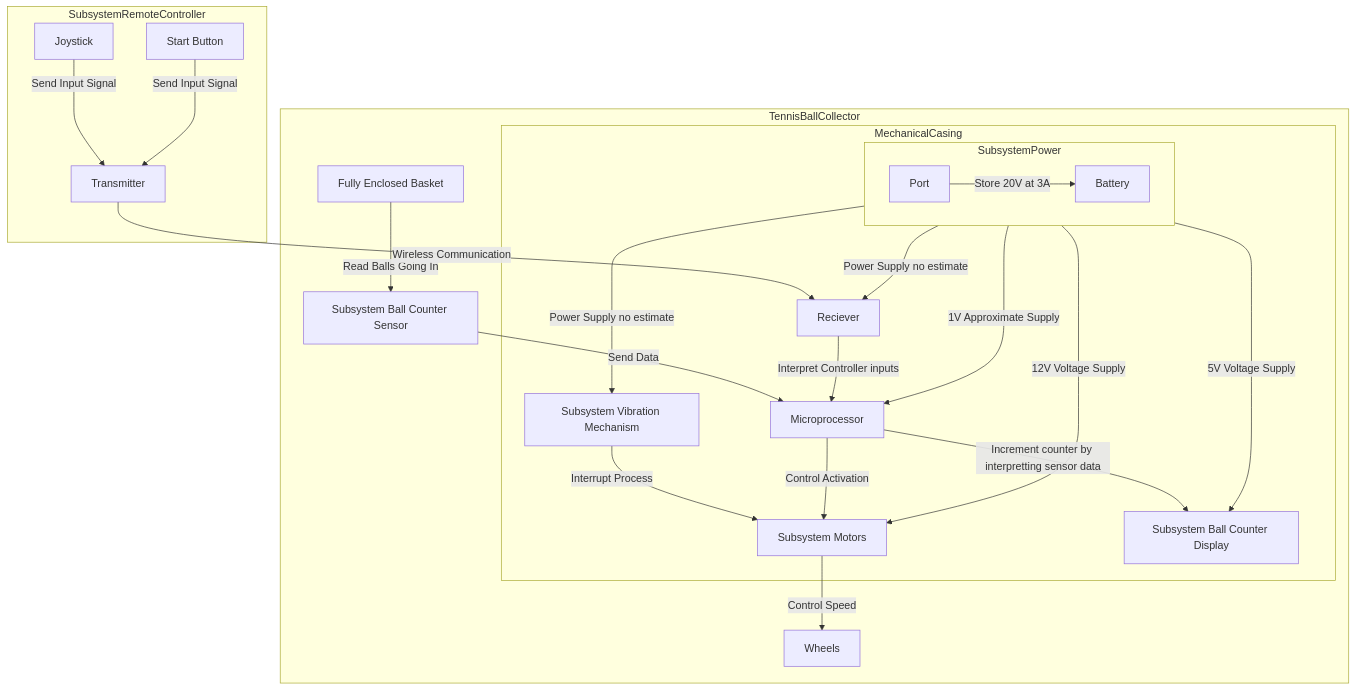
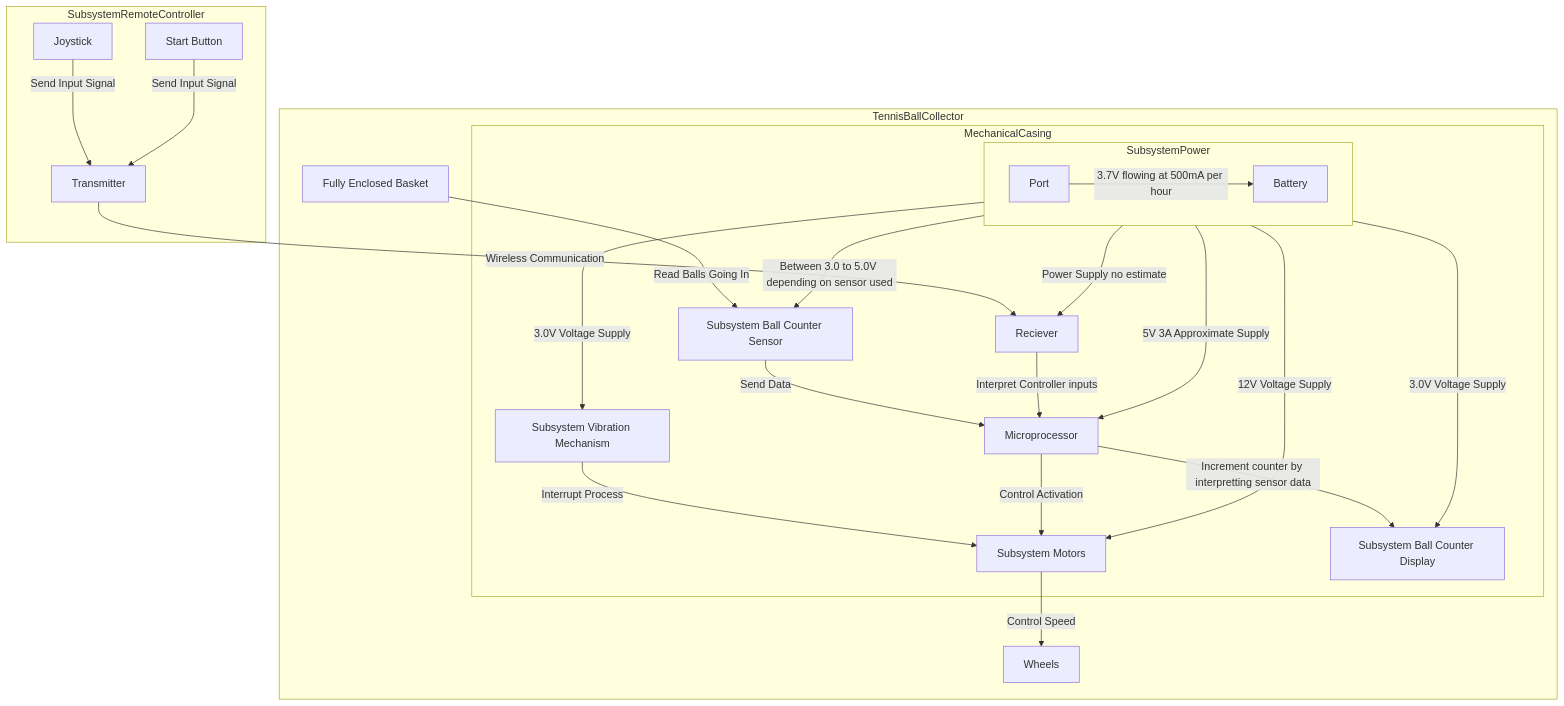
Before and after one commit to link422/F24_Team3_TennisBallCollector: the first of 3 diagrams in Reports/Conceptual Design.md, drawn with Mermaid.

Commit message:
Update Conceptual Design.md
Added specific voltages for Hardware Block Diagram (HBD)

````diff
--- a/Reports/Conceptual Design.md
+++ b/Reports/Conceptual Design.md
@@ -92,57 +92,58 @@
 ```mermaid
 flowchart TD
     A1[Fully Enclosed Basket]
     A2[Subsystem Ball Counter Sensor]
     A3[Wheels]
     A21[Subsystem Vibration Mechanism]
     A22[Subsystem Motors]
     A23[Subsystem Ball Counter Display]
     A24[Reciever]
     A25[Battery]
     A26[Port]
     A27[Microprocessor]
 
     B1[Joystick]
     B2[Start Button]
     B3[Transmitter]
 
     subgraph TennisBallCollector
     A1 --> |Read Balls Going In|A2
     A2 --> |Send Data|A27
     A27 --> |Increment counter by interpretting sensor data|A23
     subgraph MechanicalCasing
     A21 --> |Interrupt Process|A22
     A24 --> |Interpret Controller inputs|A27
     A27 --> |Control Activation|A22
-    SubsystemPower --> |Power Supply no estimate|A21
+    SubsystemPower --> |3.0V Voltage Supply|A21
     SubsystemPower --> |12V Voltage Supply|A22
-    SubsystemPower --> |5V Voltage Supply|A23
+    SubsystemPower --> |3.0V Voltage Supply|A23
     SubsystemPower --> |Power Supply no estimate|A24
-    SubsystemPower --> |1V Approximate Supply|A27
+    SubsystemPower --> |5V 3A Approximate Supply|A27
+    SubsystemPower --> |Between 3.0 to 5.0V depending on sensor used|A2
     subgraph SubsystemPower
-    A26 --> |Store 20V at 3A|A25
+    A26 --> |3.7V flowing at 500mA per hour|A25
     end
     end
     A22 --> |Control Speed|A3
     end
 
     subgraph SubsystemRemoteController
     B1 --> |Send Input Signal|B3
     B2 --> |Send Input Signal|B3
     end
 
     B3 --> |Wireless Communication|A24
 
     click A1 "Fully Enclosed Basket for storing the Tennis Balls collected. "
     click A2 "Goal is to sense the balls going into the basket and communicate to counter via the microprocessor"
     click A21 "If tennis ball gets stuck, activate mechanism and recollect jammed tennis balls."
     click A22 "Used for self propelling the wheels of the Tennis Ball Collector."
     click A23 "Increment ball counter and display on LCD like disply located on the surface of mechanical casing. Can't implement on controller because controller used shall be kept minimally modified from original design (Not making controller from scratch)."
     click A24 "Receive the signals sent by the Remote Controller."
     click A25 "Lithium ion battery used to power the electronics in the system."
     click A26 "Mechanism whether USB-A, USB-C, or micro-cable that is capatable with existing chargers."
-    click A27 "Provide communication between systems to interpret data."
+    click A27 "Provide communication between systems to interpret data. See [3]"
     click B1 "Mechanism used to control the direction of the Tennis Ball Collector."
     click B2 "Mechanism used to turn on/off of the Tennis Ball Collector remotely."
     click B3 "Send signals to the Tennis Ball Collector to control."
 ```
````
